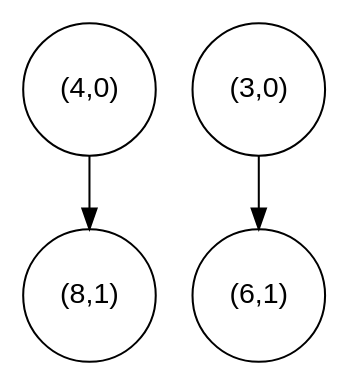
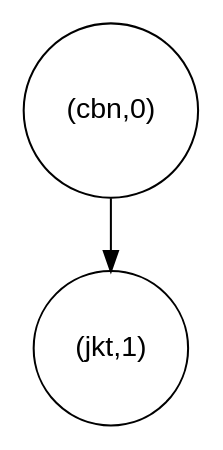
Before and after one commit to kreikrei/tugas-akhir: the diagram in demo/solution.dot, drawn with Graphviz. The commit also changed 71 other files, not shown here.

```diff
--- a/demo/solution.dot
+++ b/demo/solution.dot
@@ -1,8 +1,5 @@
 digraph solution {
-    "(8,1)" [shape=circle] [fontname="Helvetica"] [pos="8,1!"];
-    "(4,0)" [shape=circle] [fontname="Helvetica"] [pos="4,0!"];
-    "(3,0)" [shape=circle] [fontname="Helvetica"] [pos="3,0!"];
-    "(6,1)" [shape=circle] [fontname="Helvetica"] [pos="6,1!"];
-    "(4,0)" -> "(8,1)" [fontname="Helvetica"];
-    "(3,0)" -> "(6,1)" [fontname="Helvetica"];
+    "(jkt,1)" [shape=circle] [fontname="Helvetica"] [pos="jkt,1!"];
+    "(cbn,0)" [shape=circle] [fontname="Helvetica"] [pos="cbn,0!"];
+    "(cbn,0)" -> "(jkt,1)" [fontname="Helvetica"];
 }
```
